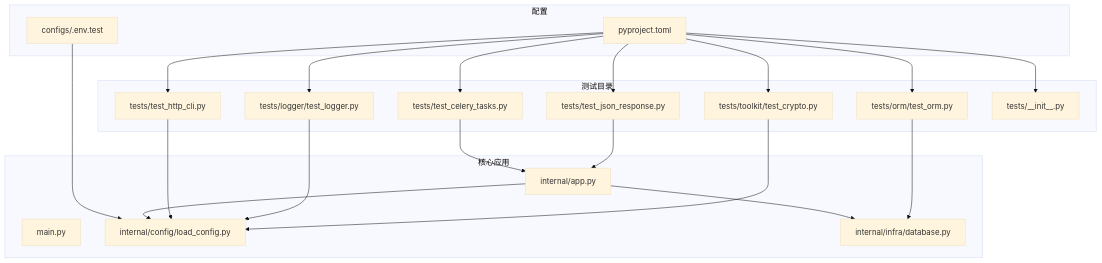
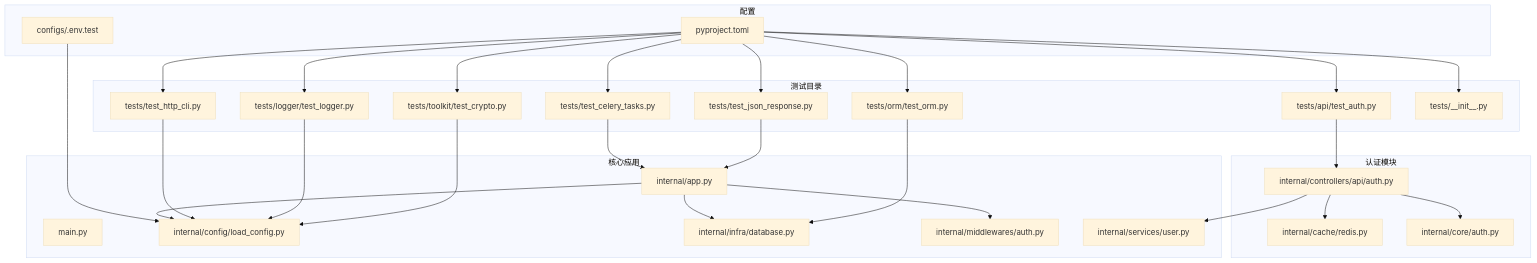
The first of 11 diagrams in .qoder/repowiki/zh/content/测试策略/测试策略.md (lilinzezzzzzz/fastapi-backend), drawn with Mermaid (base theme) before and after one commit. The commit also changed other lines of this file and 38 other files, not shown here.

````diff
--- a/.qoder/repowiki/zh/content/测试策略/测试策略.md
+++ b/.qoder/repowiki/zh/content/测试策略/测试策略.md
@@ -38,38 +52,52 @@
 ```mermaid
 graph TB
 subgraph "测试目录"
 T1["tests/test_json_response.py"]
 T2["tests/toolkit/test_crypto.py"]
 T3["tests/orm/test_orm.py"]
 T4["tests/logger/test_logger.py"]
 T5["tests/test_celery_tasks.py"]
 T6["tests/test_http_cli.py"]
+T7["tests/api/test_auth.py"]
 T0["tests/__init__.py"]
 end
 subgraph "核心应用"
 A1["internal/app.py"]
 A2["main.py"]
 C1["internal/config/load_config.py"]
 D1["internal/infra/database.py"]
+M1["internal/middlewares/auth.py"]
+S1["internal/services/user.py"]
+end
+subgraph "认证模块"
+A3["internal/controllers/api/auth.py"]
+C2["internal/cache/redis.py"]
+C3["internal/core/auth.py"]
 end
 subgraph "配置"
 E1["configs/.env.test"]
 P1["pyproject.toml"]
 end
 T1 --> A1
 T2 --> C1
 T3 --> D1
 T4 --> C1
 T5 --> A1
 T6 --> C1
+T7 --> A3
 A1 --> C1
 A1 --> D1
+A1 --> M1
+A3 --> S1
+A3 --> C2
+A3 --> C3
 P1 --> T0
 P1 --> T1
 P1 --> T2
 P1 --> T3
 P1 --> T4
 P1 --> T5
 P1 --> T6
+P1 --> T7
 E1 --> C1
 ```
````
